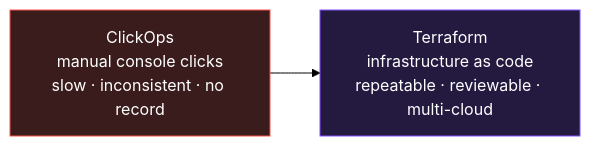
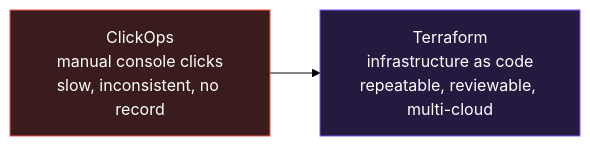
One commit to siva9800/learn-terraform changed the first of 2 diagrams in README.md. Above: the diagram before and after it, drawn with Mermaid (forest theme). The commit also changed other lines of this file and 69 other files, not shown here.

First line of the commit message:
Rebuild Terraform course: 17 lessons, clean flow, job-ready 2026

````diff
--- a/README.md
+++ b/README.md
@@ -15,6 +15,6 @@
 ```mermaid
 flowchart LR
-    A[" ClickOps<br/>manual console clicks<br/>slow · inconsistent · no record"] --> B[" Terraform<br/>infrastructure as code<br/>repeatable · reviewable · multi-cloud"]
+    A["ClickOps<br/>manual console clicks<br/>slow, inconsistent, no record"] --> B["Terraform<br/>infrastructure as code<br/>repeatable, reviewable, multi-cloud"]
     style A fill:#3a1c1c,stroke:#f85149,color:#fff
     style B fill:#241a40,stroke:#844fff,color:#fff
 ```
````
